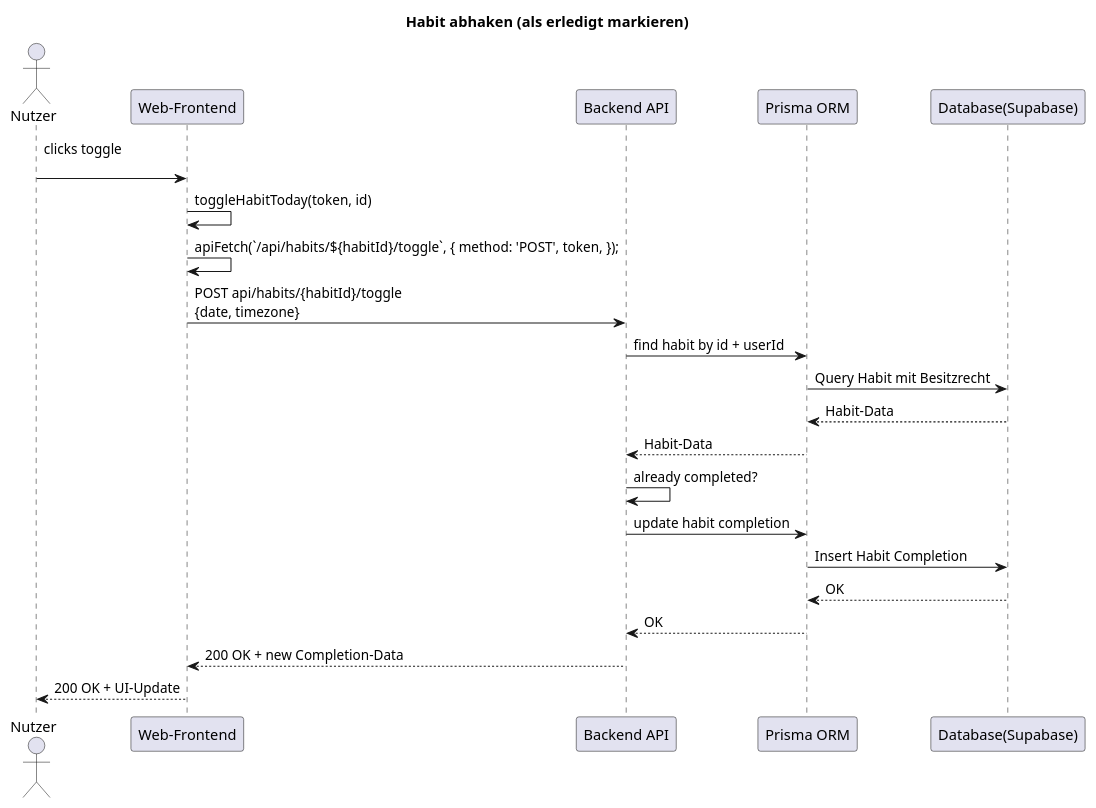
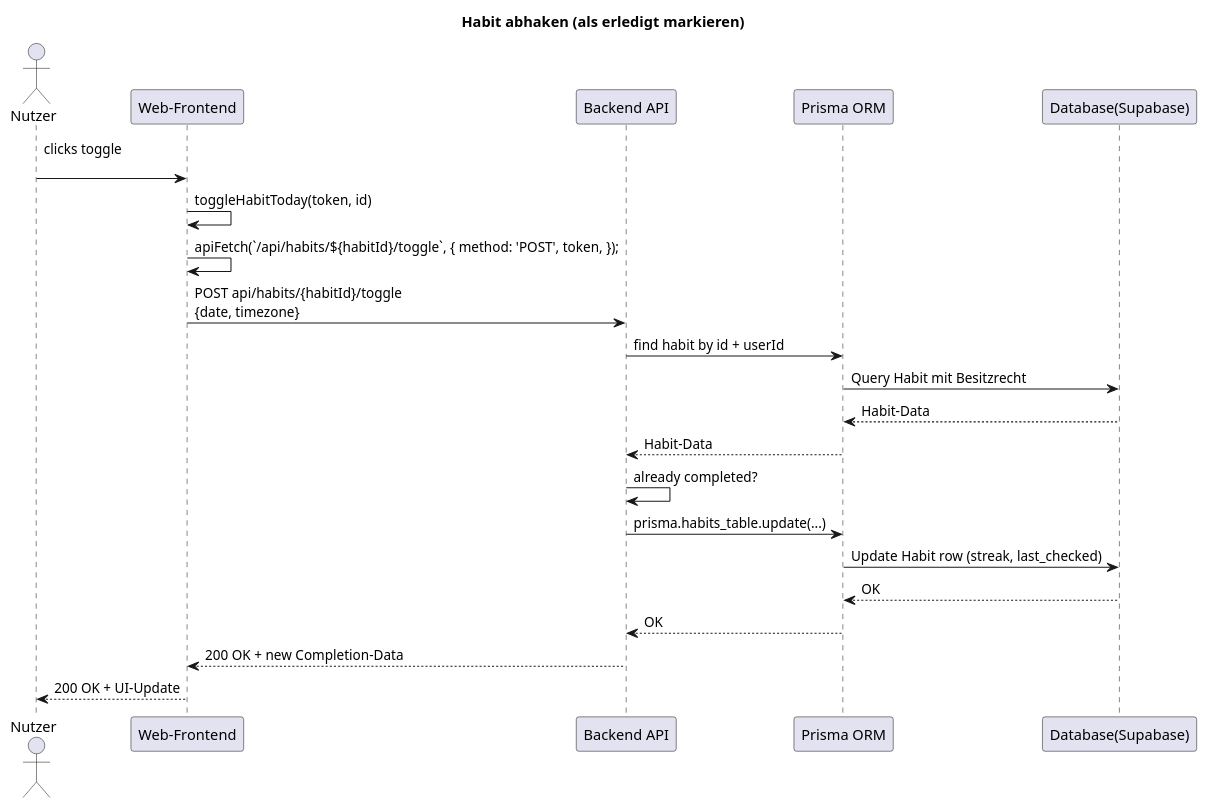
Before and after one commit to 1tristan0/SE-HabitTracker-3.B: the diagram in docs/architecture/plantuml/sequenz_habit_abhaken.puml, drawn with PlantUML. The commit also changed 1 other file, not shown here.

Commit message:
aktualisierung der Sequenzdiagramme

```diff
--- a/docs/architecture/plantuml/sequenz_habit_abhaken.puml
+++ b/docs/architecture/plantuml/sequenz_habit_abhaken.puml
@@ -1,25 +1,25 @@
 @startuml
 title Habit abhaken (als erledigt markieren)
 
 actor Nutzer as user
 participant "Web-Frontend" as frontend
 participant "Backend API" as backend
 participant "Prisma ORM" as prisma
 participant "Database(Supabase)" as database
 
 user -> frontend: clicks toggle\n
 frontend -> frontend: toggleHabitToday(token, id)
 frontend -> frontend: apiFetch(`/api/habits/${habitId}/toggle`, { method: 'POST', token, });
 frontend -> backend: POST api/habits/{habitId}/toggle\n{date, timezone}
 backend -> prisma: find habit by id + userId
 prisma -> database: Query Habit mit Besitzrecht
 database --> prisma: Habit-Data
 prisma --> backend: Habit-Data
 backend -> backend: already completed?
-backend -> prisma: update habit completion
-prisma -> database: Insert Habit Completion
+backend -> prisma: prisma.habits_table.update(...)
+prisma -> database: Update Habit row (streak, last_checked)
 database --> prisma: OK
 prisma --> backend: OK
 backend --> frontend: 200 OK + new Completion-Data
 frontend --> user: 200 OK + UI-Update
 @enduml
```
